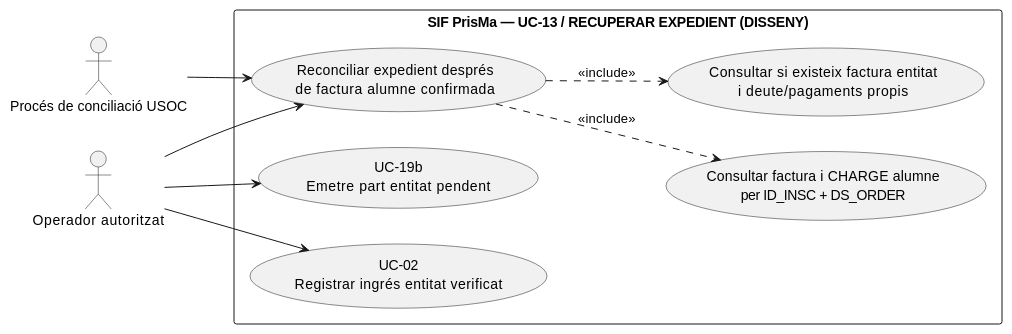
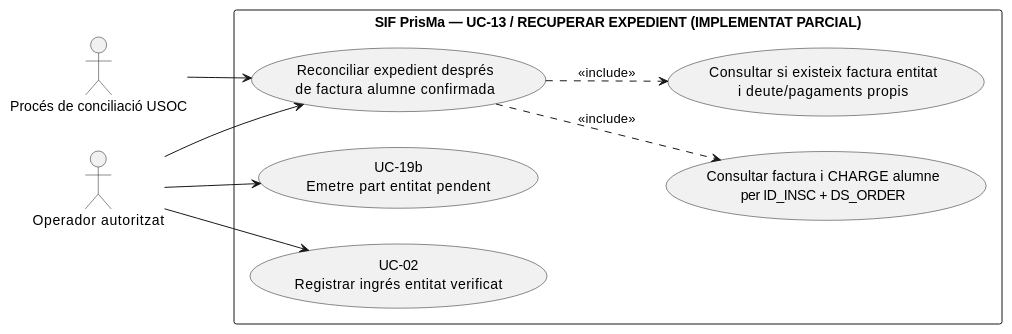
The fifth of 9 diagrams in documentacio/07-uml-integrat/uc-013-orquestrar-doble-facturacio-usoc.md (orgmeriemprismacat-del/verifactu), drawn with PlantUML before and after one commit. The commit also changed other lines of this file, not shown here.

Commit message:
docs(uc-013): sincronitzar UML amb implementacio P0

````diff
--- a/documentacio/07-uml-integrat/uc-013-orquestrar-doble-facturacio-usoc.md
+++ b/documentacio/07-uml-integrat/uc-013-orquestrar-doble-facturacio-usoc.md
@@ -207,20 +207,20 @@
 ```plantuml
 @startuml
 left to right direction
 actor "Procés de conciliació USOC" as W
 actor "Operador autoritzat" as O
-rectangle "SIF PrisMa — UC-13 / RECUPERAR EXPEDIENT (DISSENY)" {
+rectangle "SIF PrisMa — UC-13 / RECUPERAR EXPEDIENT (IMPLEMENTAT PARCIAL)" {
  usecase "Reconciliar expedient després\nde factura alumne confirmada" as Reconcile
  usecase "Consultar factura i CHARGE alumne\nper ID_INSC + DS_ORDER" as Source
  usecase "Consultar si existeix factura entitat\ni deute/pagaments propis" as Entity
  usecase "UC-19b\nEmetre part entitat pendent" as Issue
  usecase "UC-02\nRegistrar ingrés entitat verificat" as Pay
 }
 W --> Reconcile
 O --> Reconcile
 Reconcile ..> Source : <<include>>
 Reconcile ..> Entity : <<include>>
 O --> Issue
 O --> Pay
 @enduml
 ```
````
